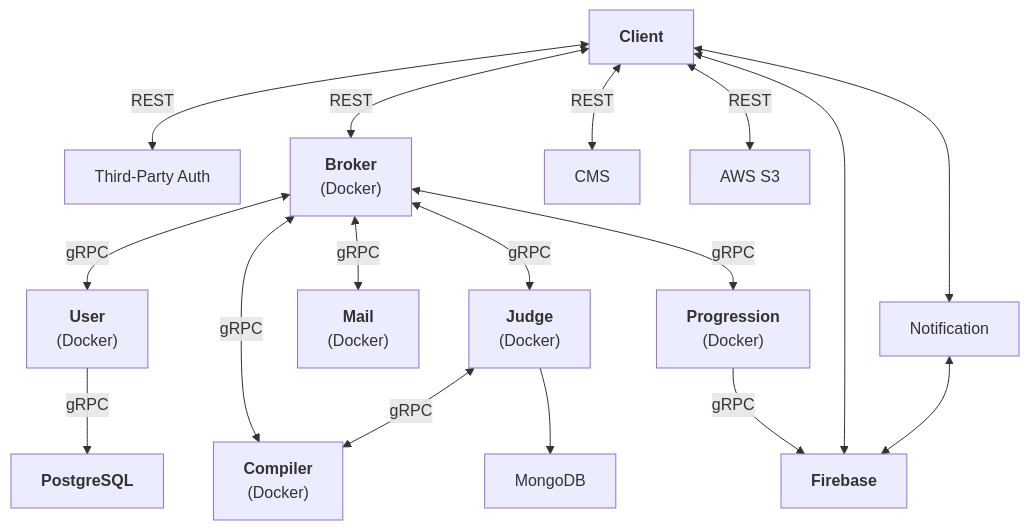
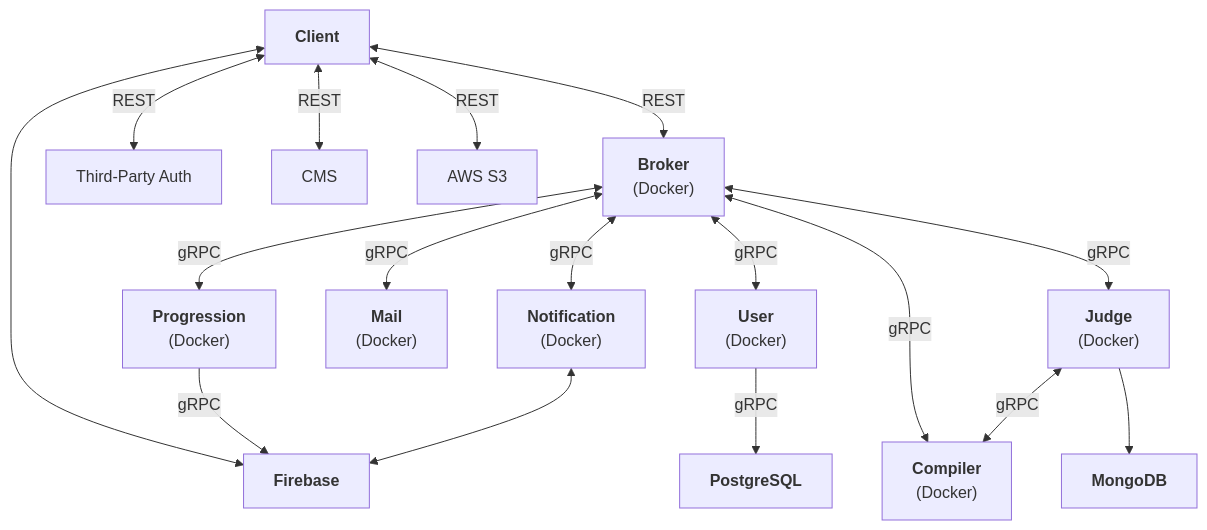
Before and after one commit to abyanmajid/picco: the diagram in README.md, drawn with Mermaid.

Commit message:
patch: jwtkey refresh

````diff
--- a/README.md
+++ b/README.md
@@ -23,19 +23,36 @@
 ```mermaid
 graph TD
-    Client <--> |REST| Auth["Third-Party Auth"]
-    Client["<b>Client</b>"] <-->|REST| Broker["<b>Broker</b><br>(Docker)"]
+    Client["<b>Client</b>"]
+    Broker["<b>Broker</b><br>(Docker)"]
+    Auth["Third-Party Auth"]
+    CMS["CMS"]
+    S3["AWS S3"]
+    User["<b>User</b><br>(Docker)"]
+    Progression["<b>Progression</b><br>(Docker)"]
+    Mail["<b>Mail</b><br>(Docker)"]
+    Judge["<b>Judge</b><br>(Docker)"]
+    Notification["<b>Notification</b><br>(Docker)"]
+    Compiler["<b>Compiler</b><br>(Docker)"]
+    MongoDB["<b>MongoDB</b>"]
+    Firebase["<b>Firebase</b>"]
+    PostgreSQL["<b>PostgreSQL</b>"]
+
+    Client <--> |REST| Auth
     Client <--> |REST| CMS
-    Client <--> |REST| S3["AWS S3"]
-    Broker <-->|gRPC| User["<b>User</b><br>(Docker)"]
-    Broker <-->|gRPC| Progression["<b>Progression</b><br>(Docker)"]
-    Broker <-->|gRPC| Mail["<b>Mail</b><br>(Docker)"]
-    Broker <-->|gRPC| Judge["<b>Judge</b><br>(Docker)"]
+    Client <--> |REST| S3
+    Client <--> Firebase
+    Client <-->|REST| Broker
+
+    Broker <-->|gRPC| User
+    Broker <-->|gRPC| Progression
+    Broker <-->|gRPC| Compiler
+    Broker <-->|gRPC| Judge
+    Broker <-->|gRPC| Mail
+    Broker <-->|gRPC| Notification
+
+    User -->|gRPC| PostgreSQL
+    Progression --> |gRPC| Firebase
+    Judge --> MongoDB
+    Judge <-->|gRPC| Compiler
     Notification <--> Firebase
-    Client <--> Firebase
-    Client <--> Notification
-    Judge <-->|gRPC| Compiler
-    Judge --> MongoDB
-    Broker <-->|gRPC| Compiler["<b>Compiler</b><br>(Docker)"]
-    User -->|gRPC| PostgreSQL["<b>PostgreSQL</b>"]
-    Progression --> |gRPC| Firebase["<b>Firebase</b>"]
 ```
````
